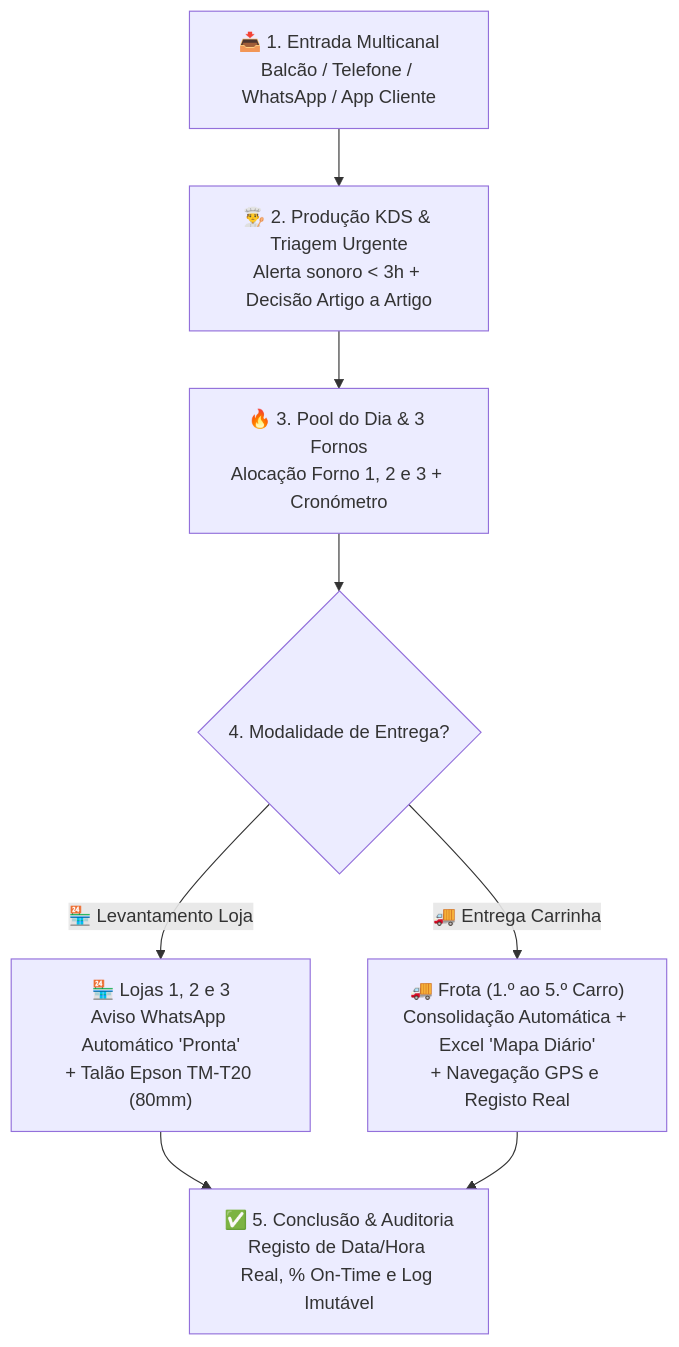
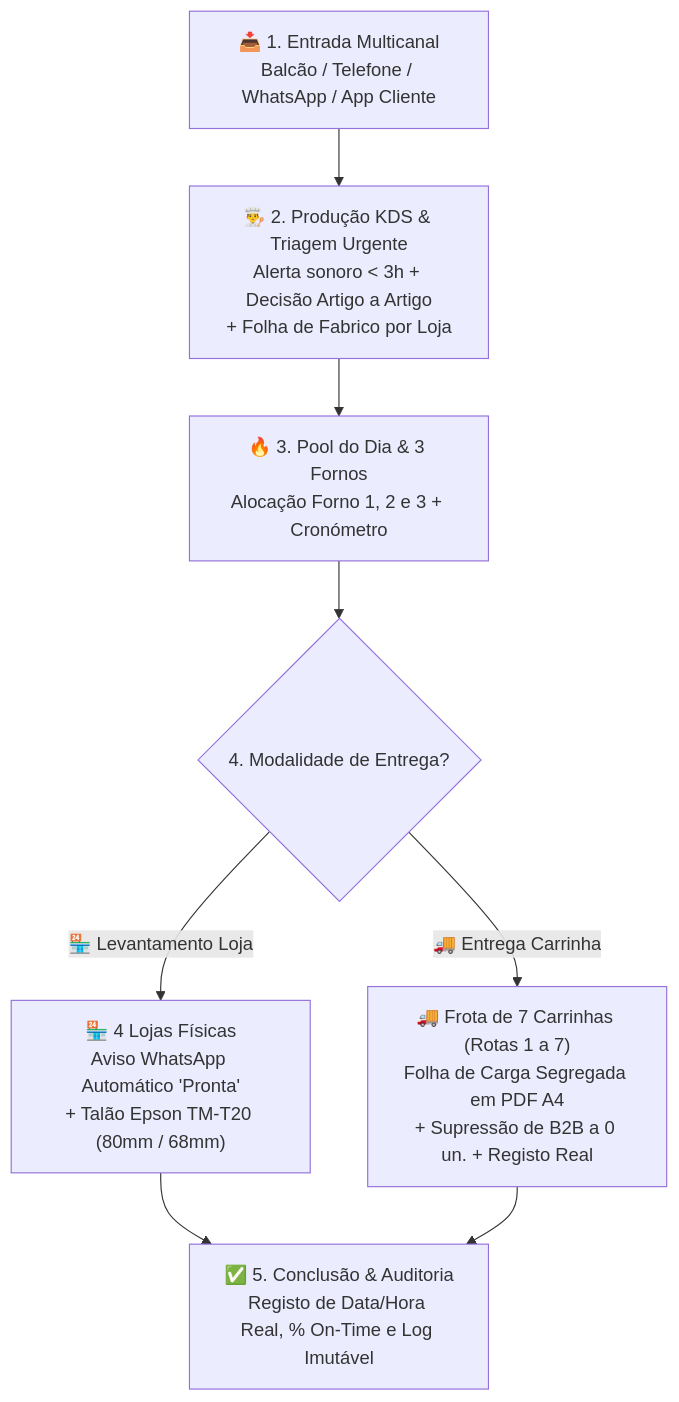
The second of 4 diagrams in docs/05_Proposta_Comercial_e_Demonstracao_de_Valor.md (lfcarreiras/App-Padaria), drawn with Mermaid before and after one commit. The commit also changed other lines of this file and 5 other files, not shown here.

Commit message:
docs: sincronizacao integral dos manuais 01 a 06 com a solucao v2.7.15 (4 Lojas, 7 Carrinhas, 21 B2B e Swarm 99.6%)

````diff
--- a/docs/05_Proposta_Comercial_e_Demonstracao_de_Valor.md
+++ b/docs/05_Proposta_Comercial_e_Demonstracao_de_Valor.md
@@ -81,10 +81,10 @@
 ```mermaid
 flowchart TD
-    Entrada["📥 1. Entrada Multicanal\nBalcão / Telefone / WhatsApp / App Cliente"] --> Triagem["👨‍🍳 2. Produção KDS & Triagem Urgente\nAlerta sonoro < 3h + Decisão Artigo a Artigo"]
+    Entrada["📥 1. Entrada Multicanal\nBalcão / Telefone / WhatsApp / App Cliente"] --> Triagem["👨‍🍳 2. Produção KDS & Triagem Urgente\nAlerta sonoro < 3h + Decisão Artigo a Artigo\n+ Folha de Fabrico por Loja"]
     Triagem --> Fornos["🔥 3. Pool do Dia & 3 Fornos\nAlocação Forno 1, 2 e 3 + Cronómetro"]
     Fornos --> Expedicao{"4. Modalidade de Entrega?"}
-    Expedicao -->|"🏪 Levantamento Loja"| Loja["🏪 Lojas 1, 2 e 3\nAviso WhatsApp Automático 'Pronta'\n+ Talão Epson TM-T20 (80mm)"]
-    Expedicao -->|"🚚 Entrega Carrinha"| Frota["🚚 Frota (1.º ao 5.º Carro)\nConsolidação Automática + Excel 'Mapa Diário'\n+ Navegação GPS e Registo Real"]
+    Expedicao -->|"🏪 Levantamento Loja"| Loja["🏪 4 Lojas Físicas\nAviso WhatsApp Automático 'Pronta'\n+ Talão Epson TM-T20 (80mm / 68mm)"]
+    Expedicao -->|"🚚 Entrega Carrinha"| Frota["🚚 Frota de 7 Carrinhas (Rotas 1 a 7)\nFolha de Carga Segregada em PDF A4\n+ Supressão de B2B a 0 un. + Registo Real"]
     Loja --> Conclusao["✅ 5. Conclusão & Auditoria\nRegisto de Data/Hora Real, % On-Time e Log Imutável"]
     Frota --> Conclusao
 ```
````
